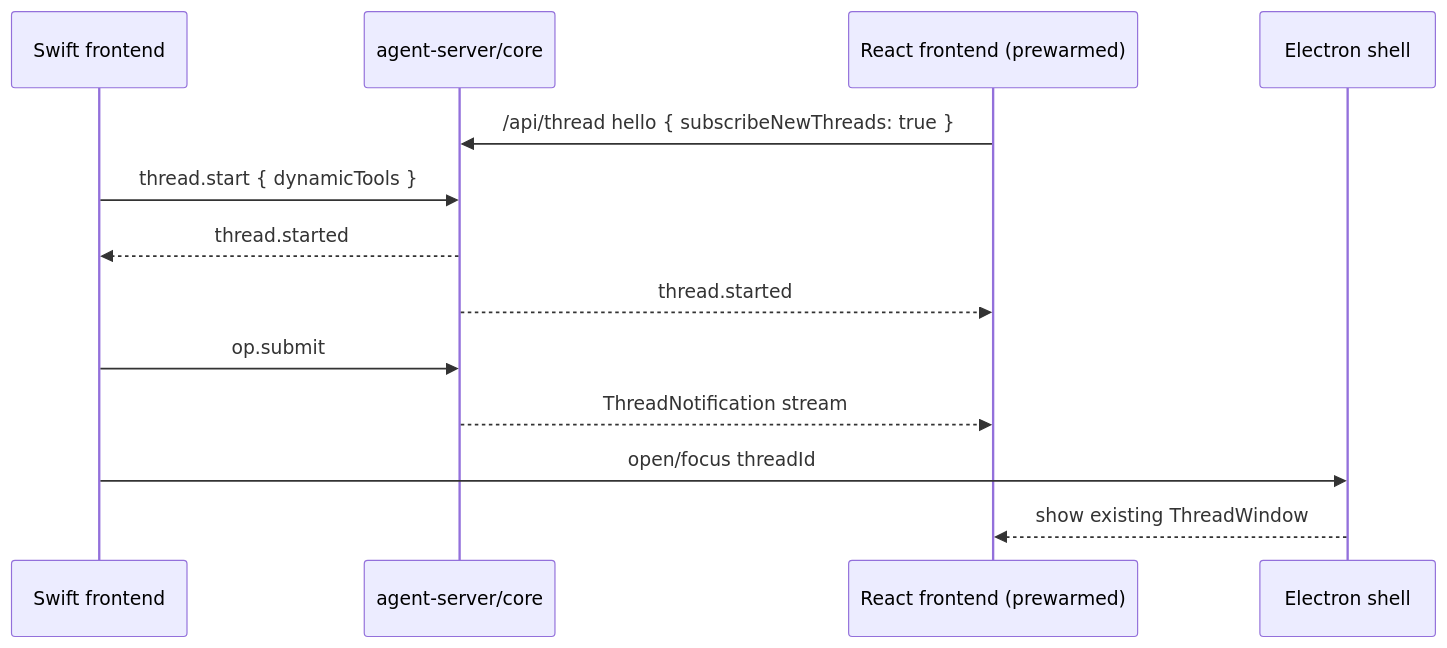
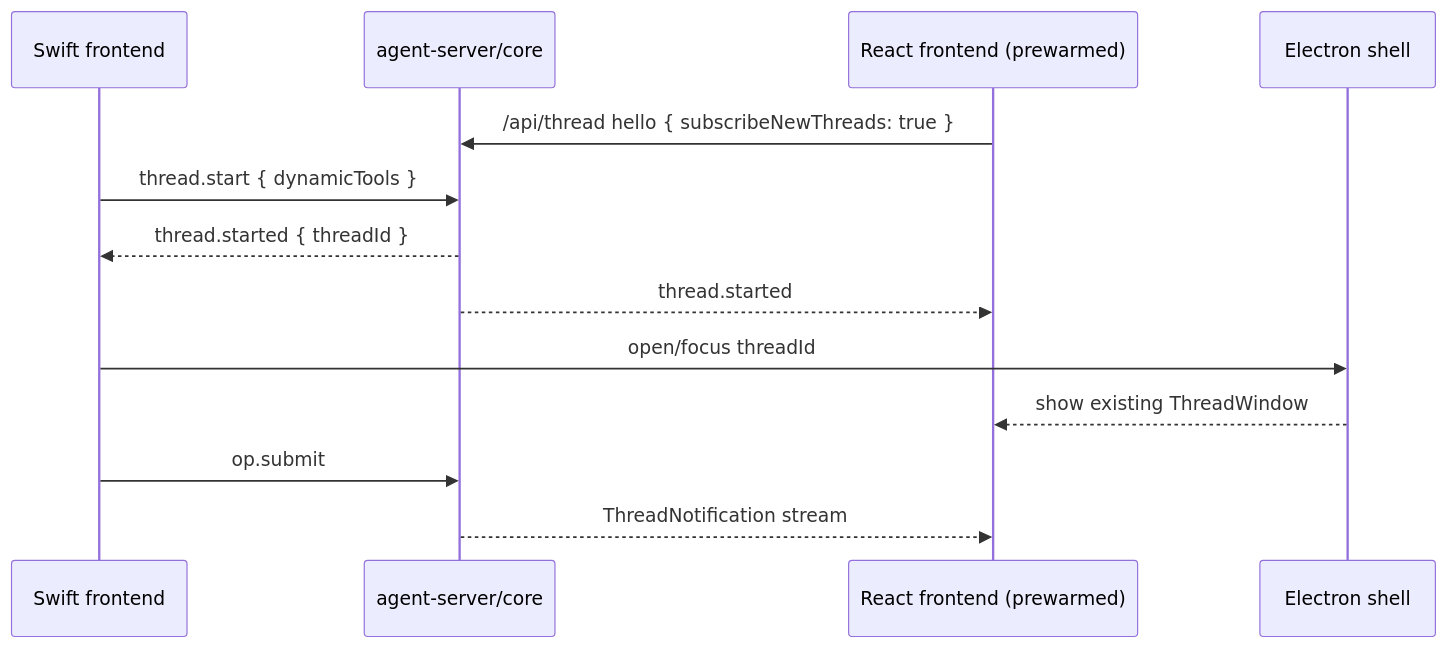
Before and after one commit to Lixuhang987/Wisp-Pocket: the fourth of 5 diagrams in docs/medium-powers/plans/2026-06-19-plugin-system.md, drawn with Mermaid. The commit also changed other lines of this file and 1 other file, not shown here.

Commit message:
docs: clarify swift thread focus ordering

````diff
--- a/docs/medium-powers/plans/2026-06-19-plugin-system.md
+++ b/docs/medium-powers/plans/2026-06-19-plugin-system.md
@@ -258,16 +258,16 @@
 ```mermaid
 sequenceDiagram
   participant Swift as Swift frontend
   participant Server as agent-server/core
   participant React as React frontend (prewarmed)
   participant Electron as Electron shell
 
   React->>Server: /api/thread hello { subscribeNewThreads: true }
   Swift->>Server: thread.start { dynamicTools }
-  Server-->>Swift: thread.started
+  Server-->>Swift: thread.started { threadId }
   Server-->>React: thread.started
+  Swift->>Electron: open/focus threadId
+  Electron-->>React: show existing ThreadWindow
   Swift->>Server: op.submit
   Server-->>React: ThreadNotification stream
-  Swift->>Electron: open/focus threadId
-  Electron-->>React: show existing ThreadWindow
 ```
````
